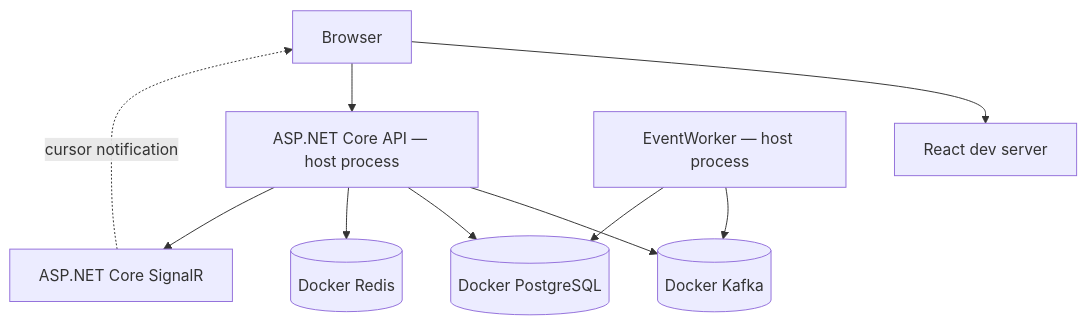
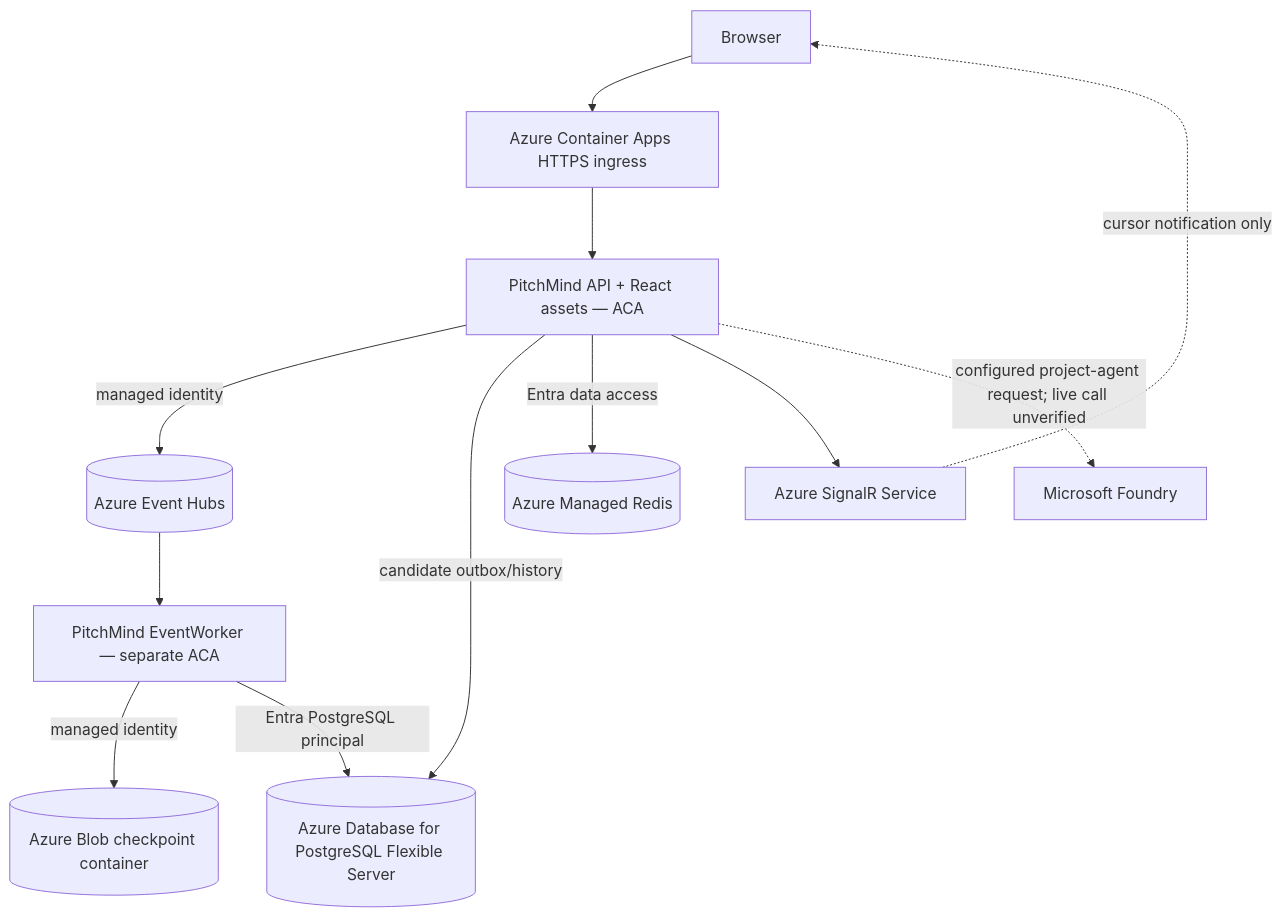
One commit to prateekgangopadhyay/PitchMind changed the fourth of 4 diagrams in README.md. Above: the diagram before and after it, drawn with Mermaid. The commit also changed other lines of this file and 12 other files, not shown here.

Commit message:
Document Azure DEV implementation and evidence

````diff
--- a/README.md
+++ b/README.md
@@ -61,12 +70,14 @@
 ```mermaid
 flowchart TB
-  Browser["Browser"] --> Vite["React dev server"]
-  Browser --> API["ASP.NET Core API — host process"]
-  API --> Kafka[("Docker Kafka")]
-  Worker["EventWorker — host process"] --> Kafka
-  API --> PostgreSQL[("Docker PostgreSQL")]
-  Worker --> PostgreSQL
-  API --> Redis[("Docker Redis")]
-  API --> SignalR["ASP.NET Core SignalR"]
-  SignalR -. "cursor notification" .-> Browser
+  Browser["Browser"] --> ACAIngress["Azure Container Apps HTTPS ingress"]
+  ACAIngress --> API["PitchMind API + React assets — ACA"]
+  API -->|"managed identity"| EH[("Azure Event Hubs")]
+  EH --> Worker["PitchMind EventWorker — separate ACA"]
+  Worker -->|"managed identity"| Blob[("Azure Blob checkpoint container")]
+  Worker -->|"Entra PostgreSQL principal"| PG[("Azure Database for PostgreSQL Flexible Server")]
+  API -->|"candidate outbox/history"| PG
+  API -->|"Entra data access"| Redis[("Azure Managed Redis")]
+  API --> SignalR["Azure SignalR Service"]
+  SignalR -. "cursor notification only" .-> Browser
+  API -. "configured project-agent request; live call unverified" .-> Foundry["Microsoft Foundry"]
 ```
````
